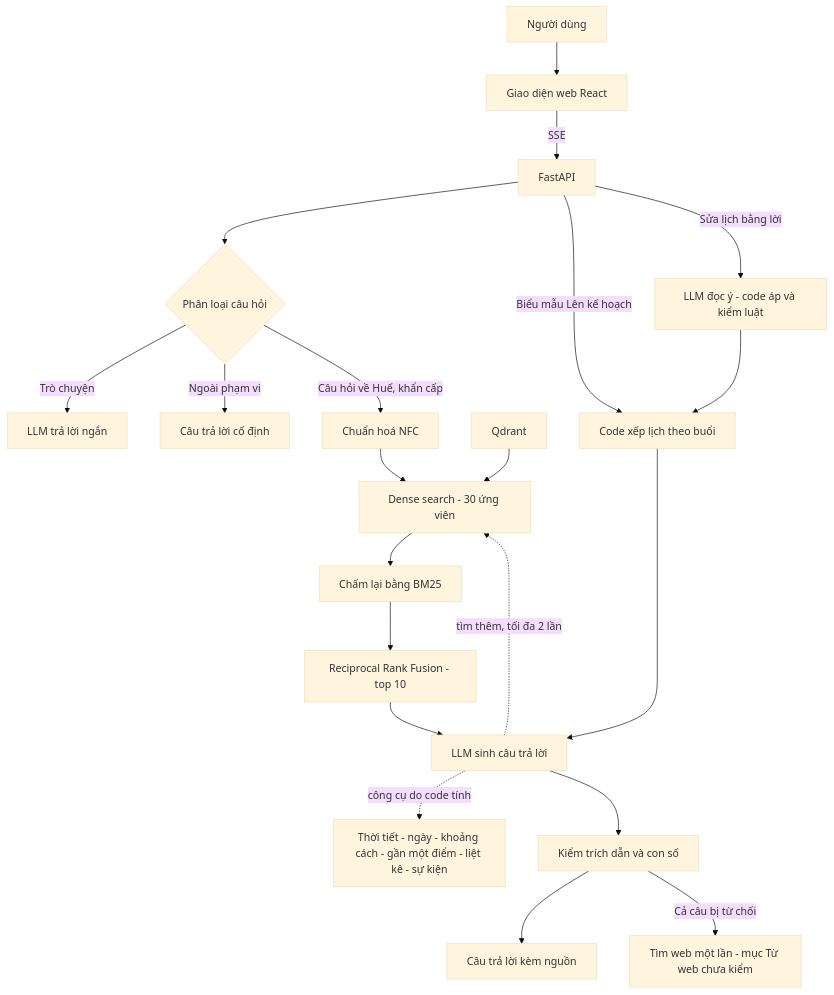
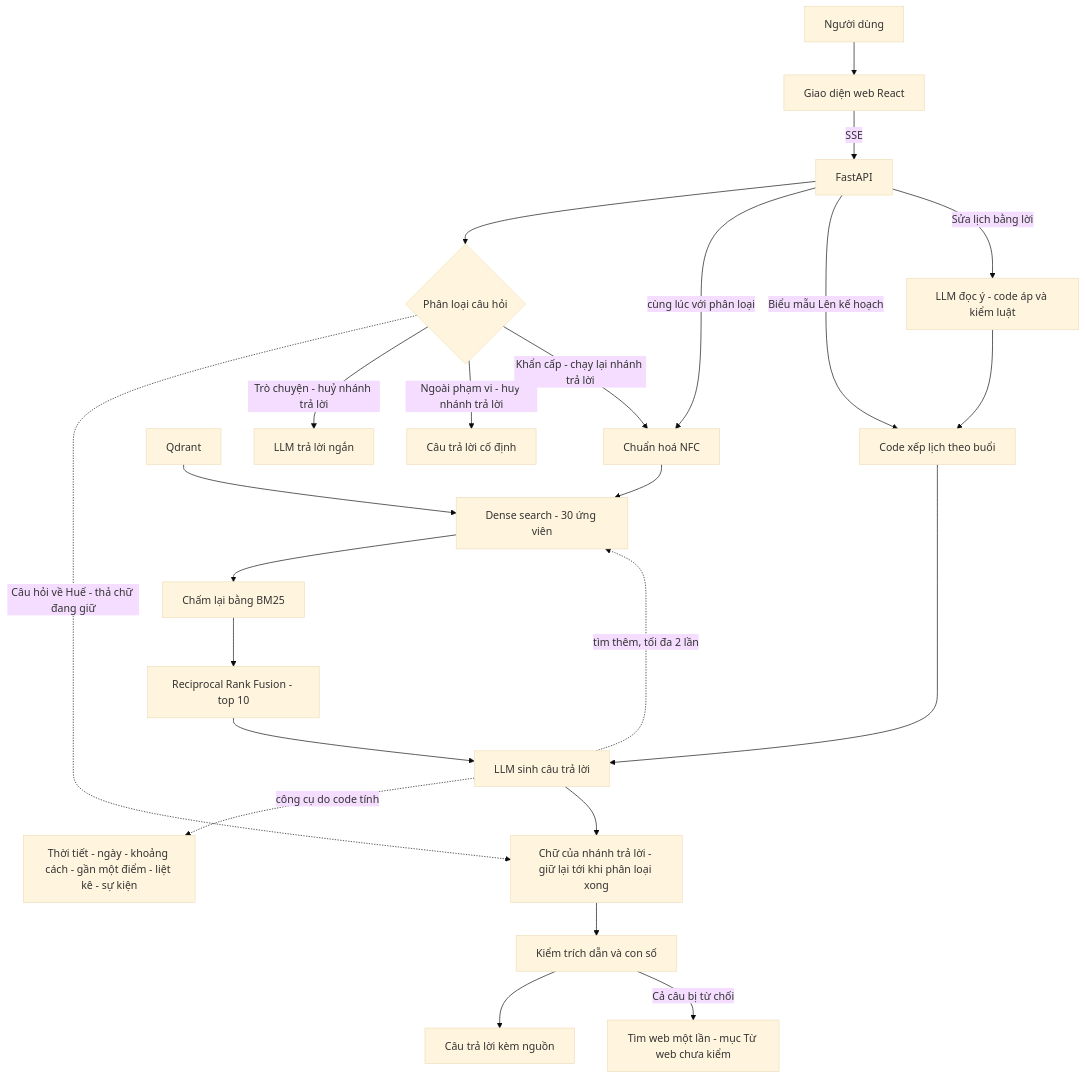
Before and after one commit to Sunny-sunnyy/chatbot-hue: the second of 2 diagrams in README.md, drawn with Mermaid (base theme). The commit also changed other lines of this file, not shown here.

Commit message:
docs: README question-answering diagram now shows classification running at the same time as retrieval and answering (it was drawn as one after the other), with a short paragraph on what happens to the answer branch for each class

````diff
--- a/README.md
+++ b/README.md
@@ -72,21 +72,24 @@
 ```mermaid
 flowchart TD
     U[Người dùng] --> W[Giao diện web React]
     W -->|SSE| API[FastAPI]
     API --> R{Phân loại câu hỏi}
-    R -->|Trò chuyện| CHAT[LLM trả lời ngắn]
-    R -->|Ngoài phạm vi| OOS[Câu trả lời cố định]
-    R -->|Câu hỏi về Huế, khẩn cấp| N[Chuẩn hoá NFC]
+    API -->|cùng lúc với phân loại| N[Chuẩn hoá NFC]
     N --> DS[Dense search - 30 ứng viên]
     Q[Qdrant] --> DS
     DS --> BM[Chấm lại bằng BM25]
     BM --> RRF[Reciprocal Rank Fusion - top 10]
     RRF --> GEN[LLM sinh câu trả lời]
     GEN -.->|tìm thêm, tối đa 2 lần| DS
     GEN -.->|công cụ do code tính| TOOL[Thời tiết - ngày - khoảng cách - gần một điểm - liệt kê - sự kiện]
-    GEN --> CIT[Kiểm trích dẫn và con số]
+    GEN --> CHO[Chữ của nhánh trả lời - giữ lại tới khi phân loại xong]
+    R -.->|Câu hỏi về Huế - thả chữ đang giữ| CHO
+    R -->|Trò chuyện - huỷ nhánh trả lời| CHAT[LLM trả lời ngắn]
+    R -->|Ngoài phạm vi - huỷ nhánh trả lời| OOS[Câu trả lời cố định]
+    R -->|Khẩn cấp - chạy lại nhánh trả lời| N
+    CHO --> CIT[Kiểm trích dẫn và con số]
     CIT --> OUT[Câu trả lời kèm nguồn]
     CIT -->|Cả câu bị từ chối| WEB[Tìm web một lần - mục Từ web chưa kiểm]
     API -->|Biểu mẫu Lên kế hoạch| PLAN[Code xếp lịch theo buổi] --> GEN
     API -->|Sửa lịch bằng lời| EDIT[LLM đọc ý - code áp và kiểm luật] --> PLAN
 ```
````
